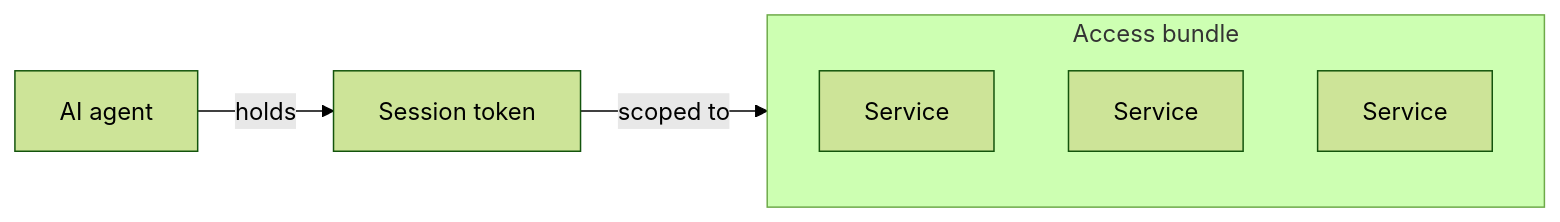
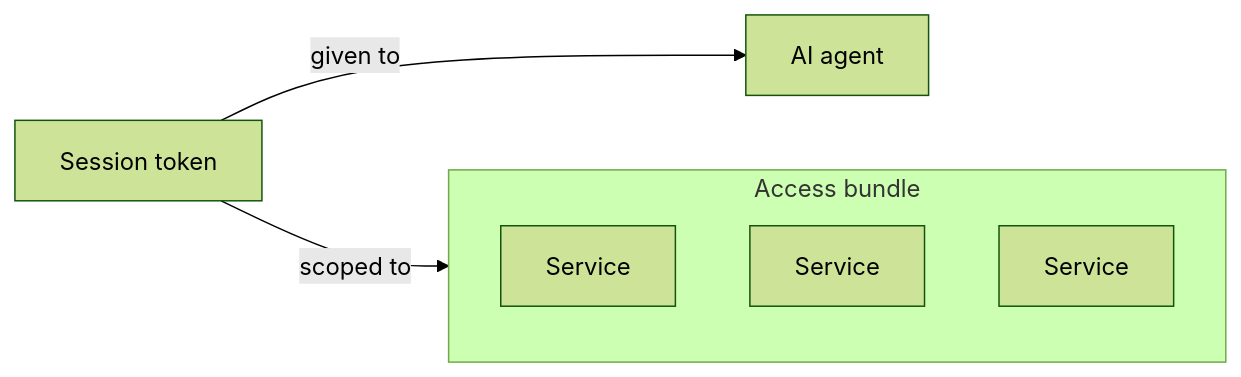
The fourth of 6 diagrams in docs/documentation/platform/agent-vault/how-it-works.mdx (Infisical/infisical), drawn with Mermaid (forest theme) before and after one commit. The commit also changed other lines of this file, not shown here.

````diff
--- a/docs/documentation/platform/agent-vault/how-it-works.mdx
+++ b/docs/documentation/platform/agent-vault/how-it-works.mdx
@@ -143,10 +143,10 @@
     ```mermaid
     flowchart LR
-      agent["AI agent"] -->|"holds"| token["Session token"]
+      token["Session token"] -->|"given to"| agent["AI agent"]
       token -->|"scoped to"| bundle
       subgraph bundle["Access bundle"]
         s1["Service"]
         s2["Service"]
         s3["Service"]
       end
     ```
````
